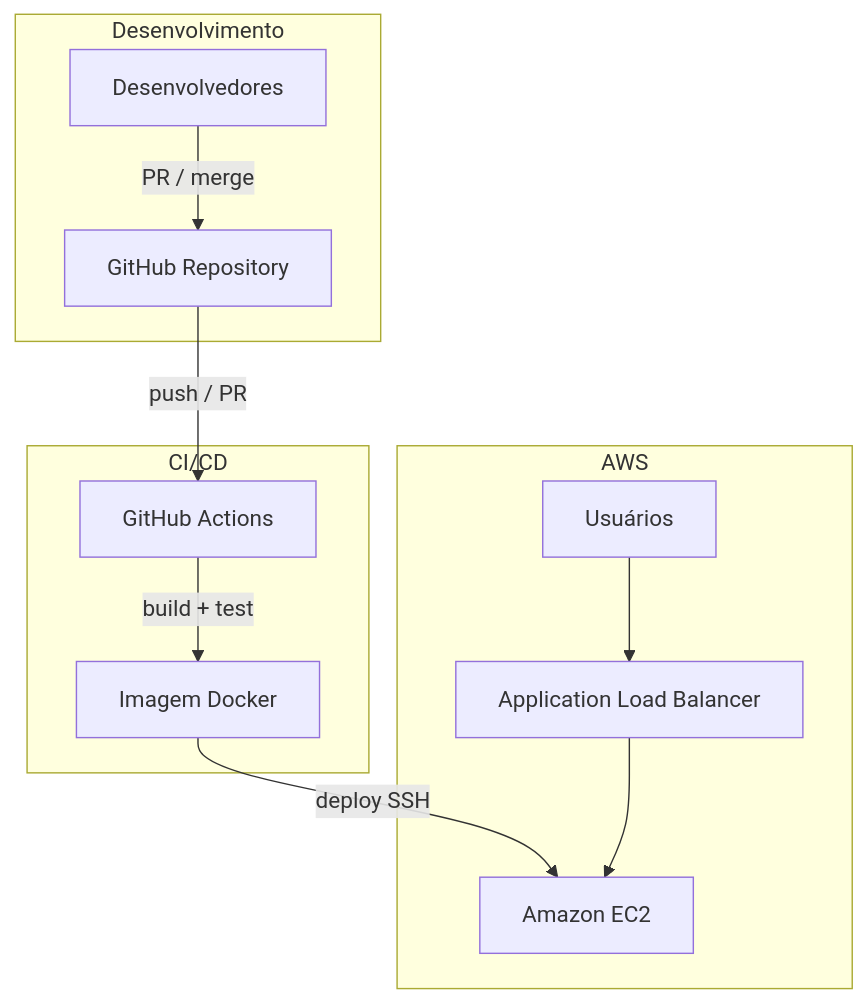
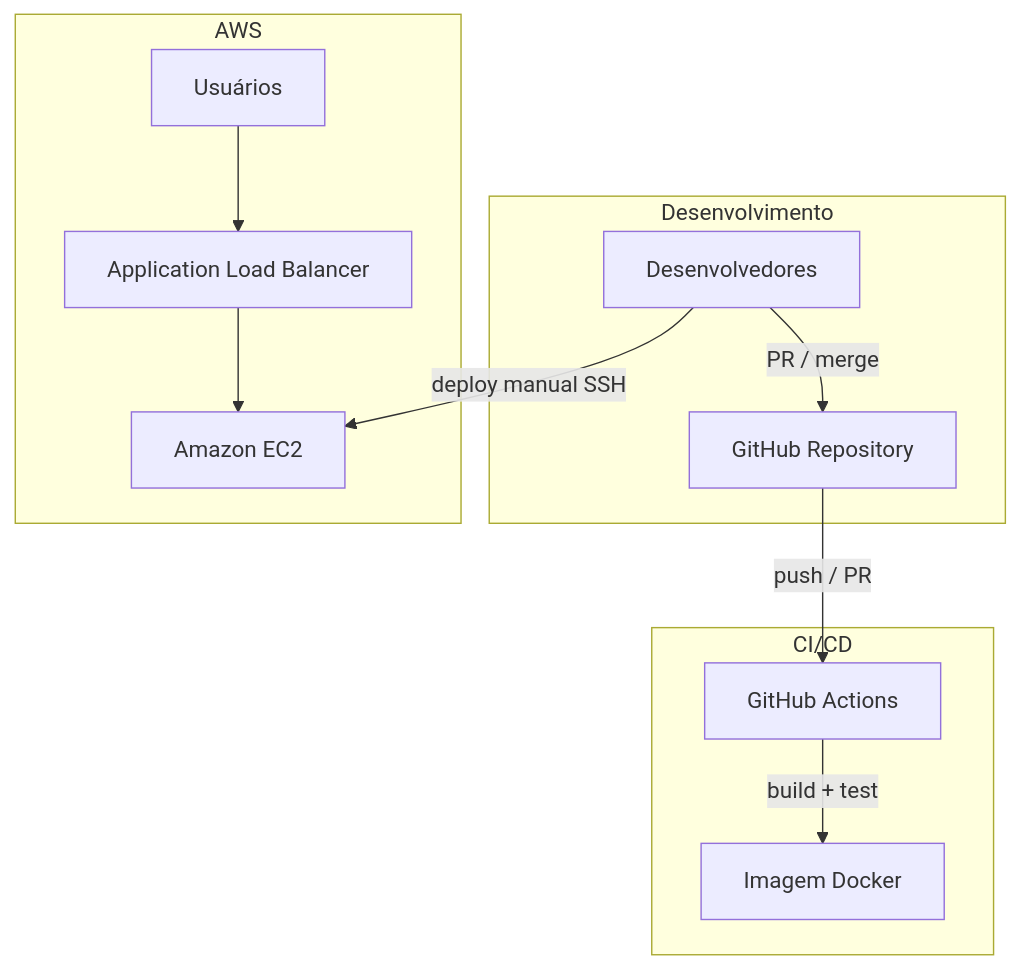
One commit to PedroVazN/Pipeline-E-commerce changed the diagram in README.md. Above: the diagram before and after it, drawn with Mermaid. The commit also changed other lines of this file and 2 other files, not shown here.

Commit message:
ci: remove job de deploy EC2, mantém apenas build e teste

````diff
--- a/README.md
+++ b/README.md
@@ -37,22 +37,22 @@
 ```mermaid
 flowchart TB
   subgraph dev [Desenvolvimento]
     Dev[Desenvolvedores]
     GH[GitHub Repository]
     Dev -->|PR / merge| GH
   end
 
   subgraph cicd [CI/CD]
     GA[GitHub Actions]
     GH -->|push / PR| GA
     GA -->|build + test| IMG[Imagem Docker]
   end
 
   subgraph aws [AWS]
     EC2[Amazon EC2]
     ALB[Application Load Balancer]
-    IMG -->|deploy SSH| EC2
+    Dev -->|deploy manual SSH| EC2
     Users[Usuários] --> ALB
     ALB --> EC2
   end
 ```
````
